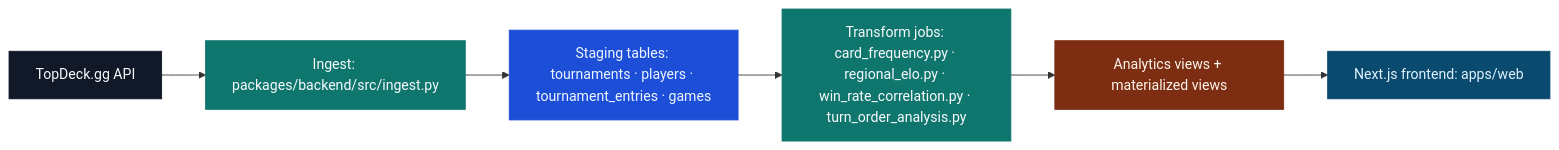
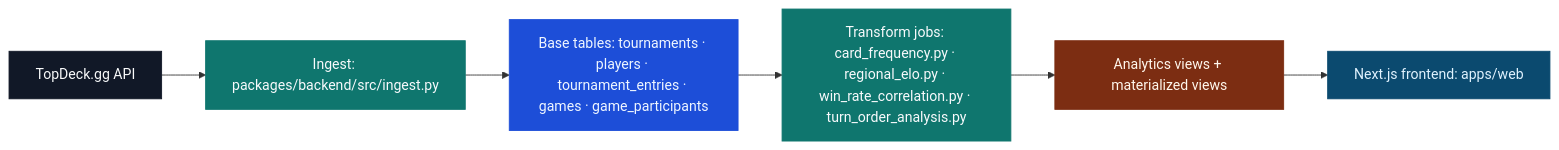
Before and after one commit to abcEDH/cedh-research: the first of 2 diagrams in docs/methodology/data-model.md, drawn with Mermaid. The commit also changed other lines of this file and 7 other files, not shown here.

````diff
--- a/docs/methodology/data-model.md
+++ b/docs/methodology/data-model.md
@@ -12,20 +12,20 @@
 ```mermaid
 flowchart LR
   A["TopDeck.gg API"] --> B["Ingest: packages/backend/src/ingest.py"]
-  B --> C["Staging tables: tournaments · players · tournament_entries · games"]
+  B --> C["Base tables: tournaments · players · tournament_entries · games · game_participants"]
   C --> D["Transform jobs: card_frequency.py · regional_elo.py · win_rate_correlation.py · turn_order_analysis.py"]
   D --> E["Analytics views + materialized views"]
   E --> F["Next.js frontend: apps/web"]
 
   classDef source fill:#111827,stroke:#111827,color:#f9fafb;
   classDef process fill:#0f766e,stroke:#0f766e,color:#f8fafc;
   classDef store fill:#1d4ed8,stroke:#1d4ed8,color:#eff6ff;
   classDef view fill:#7c2d12,stroke:#7c2d12,color:#fff7ed;
   classDef client fill:#0b4a6f,stroke:#0b4a6f,color:#e0f2fe;
 
   class A source;
   class B,D process;
   class C store;
   class E view;
   class F client;
 ```
````
